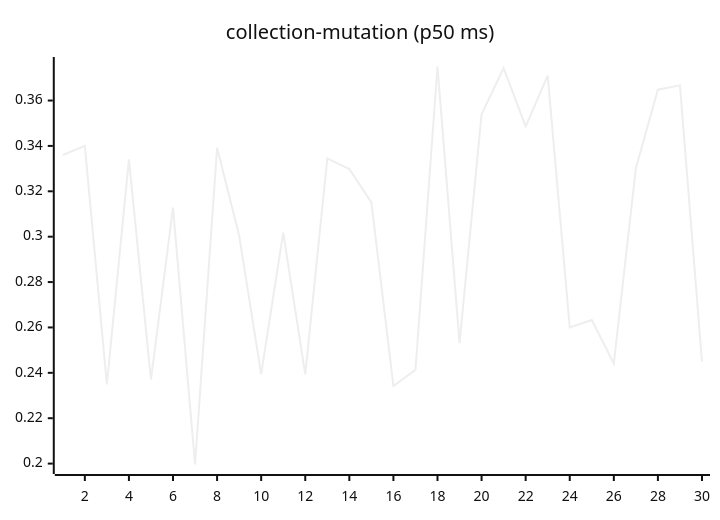
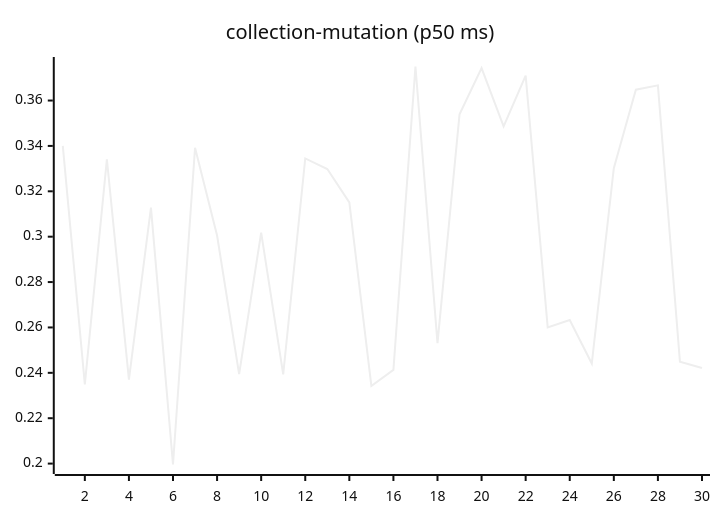
One commit to josha/Facet changed the sixth of 27 diagrams in README.md. Above: the diagram before and after it, drawn with Mermaid (neutral theme). The commit also changed other lines of this file and 2 other files, not shown here.

````diff
--- a/README.md
+++ b/README.md
@@ -98,6 +98,6 @@
 ```mermaid
 xychart-beta
     title "collection-mutation (p50 ms)"
     x-axis 1 --> 30
-    line [0.3360, 0.3400, 0.2349, 0.3341, 0.2370, 0.3128, 0.1996, 0.3392, 0.3005, 0.2394, 0.3018, 0.2393, 0.3345, 0.3298, 0.3151, 0.2342, 0.2413, 0.3750, 0.2531, 0.3539, 0.3743, 0.3486, 0.3710, 0.2600, 0.2633, 0.2441, 0.3302, 0.3648, 0.3667, 0.2449]
+    line [0.3400, 0.2349, 0.3341, 0.2370, 0.3128, 0.1996, 0.3392, 0.3005, 0.2394, 0.3018, 0.2393, 0.3345, 0.3298, 0.3151, 0.2342, 0.2413, 0.3750, 0.2531, 0.3539, 0.3743, 0.3486, 0.3710, 0.2600, 0.2633, 0.2441, 0.3302, 0.3648, 0.3667, 0.2449, 0.2421]
 ```
````
